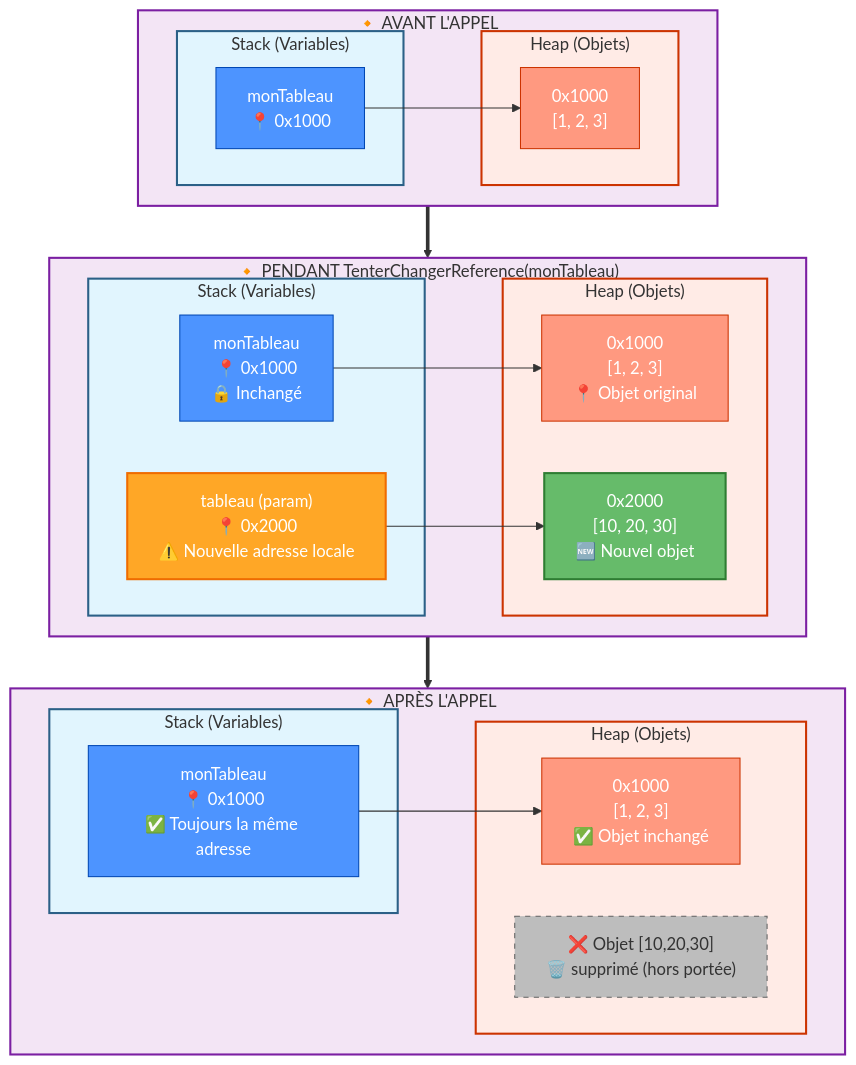
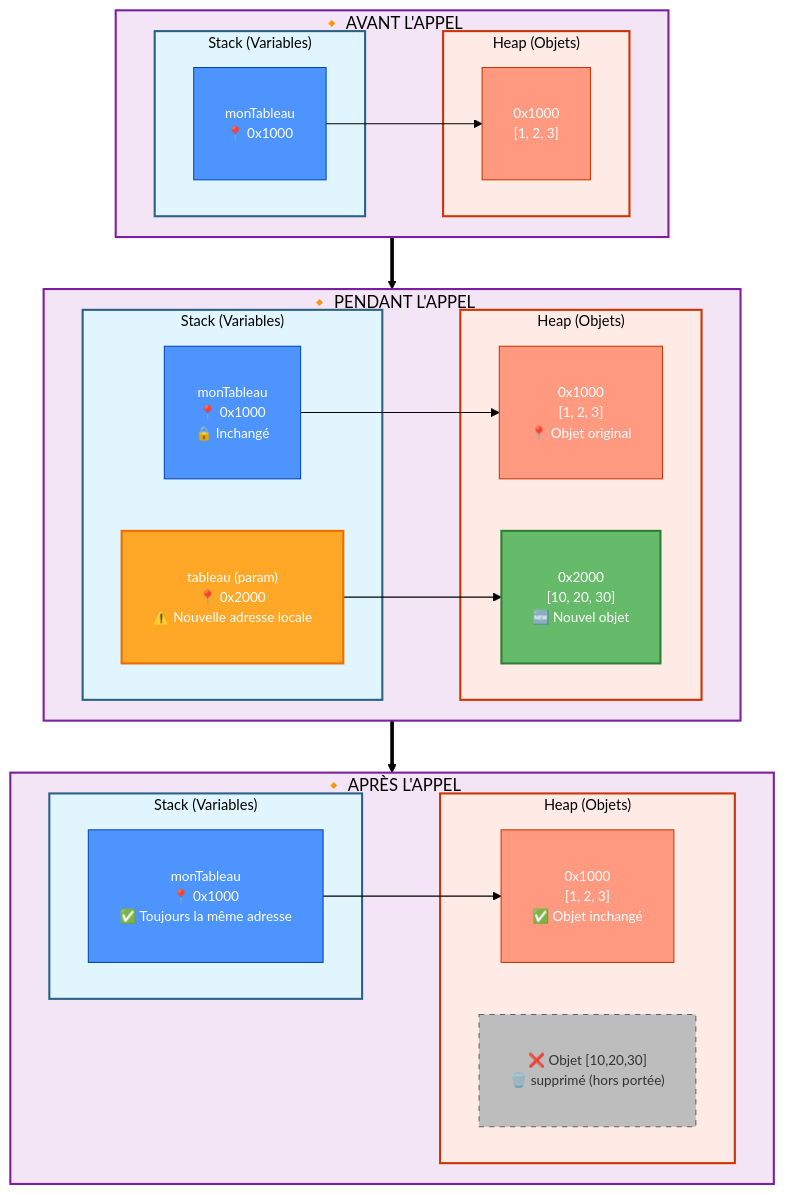
The fourth of 6 diagrams in docs/8-fonctions.md (fpluquet/csharp-intro-syllabus), drawn with Mermaid before and after one commit. The commit also changed other lines of this file, not shown here.

Commit message:
Enhance memory visualization in function documentation with updated Mermaid flowcharts and improved styling

````diff
--- a/docs/8-fonctions.md
+++ b/docs/8-fonctions.md
@@ -359,60 +363,62 @@
 ```mermaid
+%%{init: {'theme': 'base', 'themeVariables': { 'fontSize': '16px', 'fontFamily': 'Arial', 'primaryColor': '#ffffff', 'primaryTextColor': '#000000', 'primaryBorderColor': '#000000', 'lineColor': '#000000', 'nodeSpacing': 50, 'rankSpacing': 80, 'subgraphTextSize': '18px' }, 'flowchart': { 'useMaxWidth': true, 'htmlLabels': true, 'curve': 'linear' }}}%%
+
 flowchart TB
     subgraph Avant["🔸 AVANT L'APPEL"]
         direction LR
         subgraph Stack1["Stack (Variables)"]
             V1["monTableau<br/>📍 0x1000"]
         end
         subgraph Heap1["Heap (Objets)"]
             O1["0x1000<br/>[1, 2, 3]"]
         end
         V1 --> O1
     end
     
-    subgraph Pendant["🔸 PENDANT TenterChangerReference(monTableau)"]
+    subgraph Pendant["🔸 PENDANT L'APPEL"]
         direction LR
         subgraph Stack2["Stack (Variables)"]
             V2["monTableau<br/>📍 0x1000<br/>🔒 Inchangé"]
             V3["tableau (param)<br/>📍 0x2000<br/>⚠️ Nouvelle adresse locale"]
         end
         subgraph Heap2["Heap (Objets)"]
             O2["0x1000<br/>[1, 2, 3]<br/>📍 Objet original"]
             O3["0x2000<br/>[10, 20, 30]<br/>🆕 Nouvel objet"]
         end
         V2 --> O2
         V3 --> O3
     end
     
     subgraph Apres["🔸 APRÈS L'APPEL"]
         direction LR
         subgraph Stack3["Stack (Variables)"]
             V4["monTableau<br/>📍 0x1000<br/>✅ Toujours la même adresse"]
         end
         subgraph Heap3["Heap (Objets)"]
             O4["0x1000<br/>[1, 2, 3]<br/>✅ Objet inchangé"]
             O5["❌ Objet [10,20,30]<br/>🗑️ supprimé (hors portée)"]
         end
         V4 --> O4
     end
     
     Avant ==> Pendant
     Pendant ==> Apres
     
-    classDef stack fill:#e1f5fe,stroke:#2B6087,stroke-width:2px
-    classDef heap fill:#ffebe6,stroke:#CC3300,stroke-width:2px
-    classDef var fill:#4d94ff,stroke:#0047b3,stroke-width:1px,color:#fff
-    classDef varChanged fill:#ffa726,stroke:#ef6c00,stroke-width:2px,color:#fff
-    classDef obj fill:#ff9980,stroke:#cc3300,stroke-width:1px,color:#fff
-    classDef objNew fill:#66bb6a,stroke:#2e7d32,stroke-width:2px,color:#fff
-    classDef objDeleted fill:#bdbdbd,stroke:#616161,stroke-width:1px,color:#333,stroke-dasharray: 5 5
-    classDef phase fill:#f3e5f5,stroke:#7b1fa2,stroke-width:2px
+    classDef stack fill:#e1f5fe,stroke:#2B6087,stroke-width:2px,font-size:14px,color:#000
+    classDef heap fill:#ffebe6,stroke:#CC3300,stroke-width:2px,font-size:14px,color:#000
+    classDef var fill:#4d94ff,stroke:#0047b3,stroke-width:1px,color:#fff,font-size:13px,padding:8px
+    classDef varChanged fill:#ffa726,stroke:#ef6c00,stroke-width:2px,color:#fff,font-size:13px,padding:8px
+    classDef obj fill:#ff9980,stroke:#cc3300,stroke-width:1px,color:#fff,font-size:13px,padding:8px
+    classDef objNew fill:#66bb6a,stroke:#2e7d32,stroke-width:2px,color:#fff,font-size:13px,padding:8px
+    classDef objDeleted fill:#bdbdbd,stroke:#616161,stroke-width:1px,color:#333,stroke-dasharray: 5 5,font-size:13px,padding:8px
+    classDef phase fill:#f3e5f5,stroke:#7b1fa2,stroke-width:2px,font-size:16px,color:#000
     
     class Stack1,Stack2,Stack3 stack
     class Heap1,Heap2,Heap3 heap
     class V1,V2,V4 var
     class V3 varChanged
     class O1,O2,O4 obj
     class O3 objNew
     class O5 objDeleted
     class Avant,Pendant,Apres phase
 ```
````
